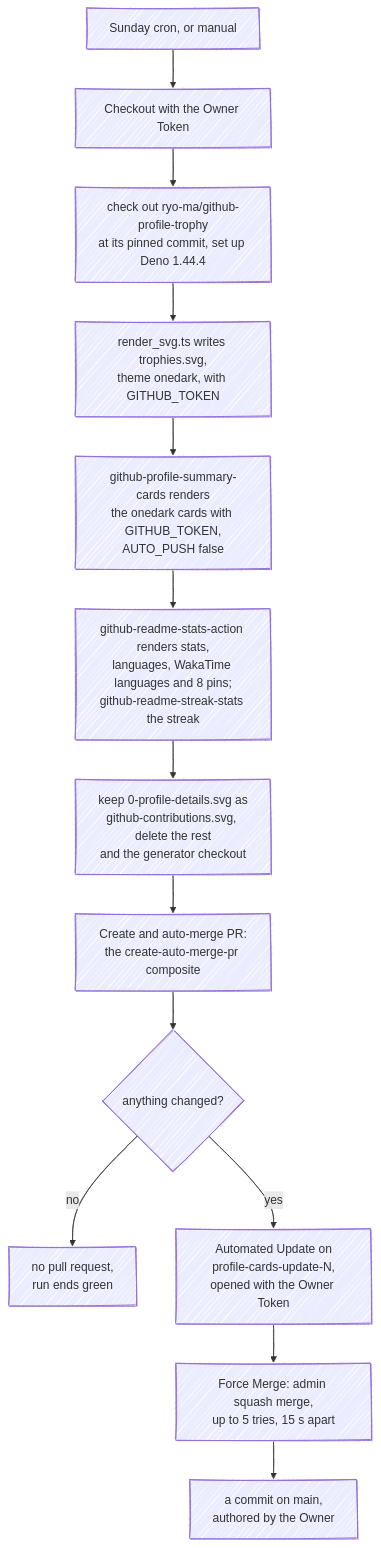
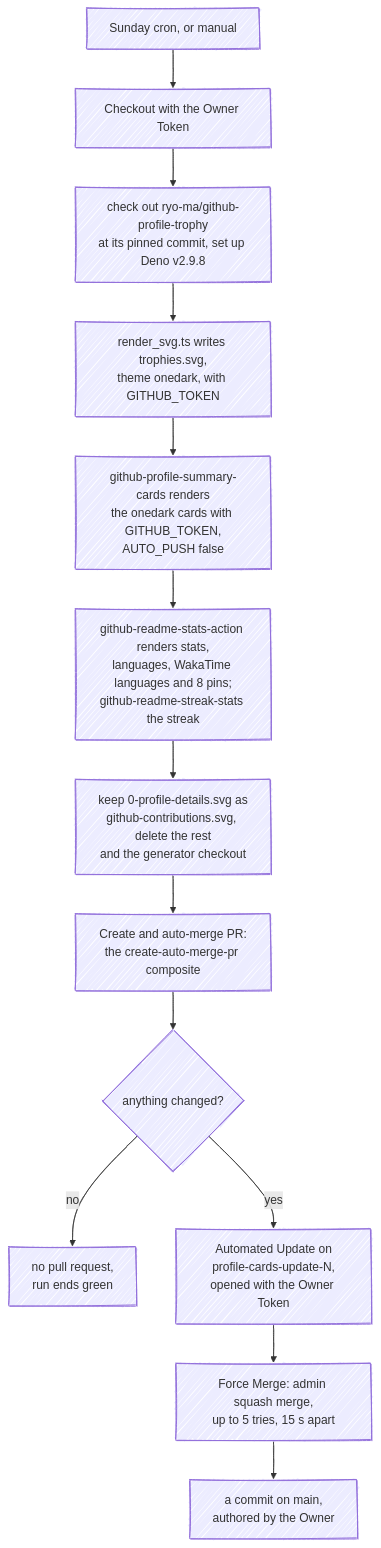
Before and after one commit to fbuireu/fbuireu: the fourth of 10 diagrams in ARCHITECTURE.md, drawn with Mermaid. The commit also changed 1 other file, not shown here.

Commit message:
docs: name the Deno version the trophy generator now runs on
profile-cards.yml sets up Deno v2.9.8 (Renovate moved it from 1.46.3 in
#329), but AGENTS.md and ARCHITECTURE.md still said 1.44.4 and gave the
upstream tests as the reason. Point both at the pinned version and drop
the reason, which only held for 1.44.4.

````diff
--- a/ARCHITECTURE.md
+++ b/ARCHITECTURE.md
@@ -195,20 +195,20 @@
 ```mermaid
 ---
 config:
   look: handDrawn
   layout: dagre
 ---
 flowchart TD
     cron["Sunday cron, or manual"] --> checkout["Checkout with the Owner Token"]
-    checkout --> gen["check out ryo-ma/github-profile-trophy<br/>at its pinned commit, set up Deno 1.44.4"]
+    checkout --> gen["check out ryo-ma/github-profile-trophy<br/>at its pinned commit, set up Deno v2.9.8"]
     gen --> trophy["render_svg.ts writes trophies.svg,<br/>theme onedark, with GITHUB_TOKEN"]
     trophy --> summary["github-profile-summary-cards renders<br/>the onedark cards with GITHUB_TOKEN,<br/>AUTO_PUSH false"]
     summary --> grs["github-readme-stats-action renders stats,<br/>languages, WakaTime languages and 8 pins;<br/>github-readme-streak-stats the streak"]
     grs --> keep["keep 0-profile-details.svg as<br/>github-contributions.svg, delete the rest<br/>and the generator checkout"]
     keep --> composite["Create and auto-merge PR:<br/>the create-auto-merge-pr composite"]
     composite --> diff{"anything changed?"}
     diff -->|no| none["no pull request,<br/>run ends green"]
     diff -->|yes| pr["Automated Update on<br/>profile-cards-update-N,<br/>opened with the Owner Token"]
     pr --> merge["Force Merge: admin squash merge,<br/>up to 5 tries, 15 s apart"]
     merge --> main["a commit on main,<br/>authored by the Owner"]
 ```
````
